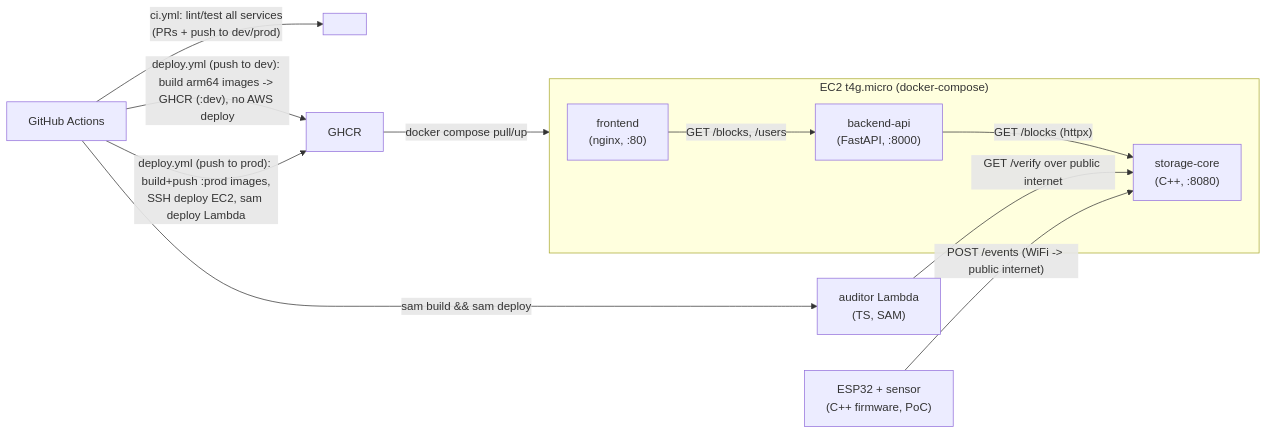
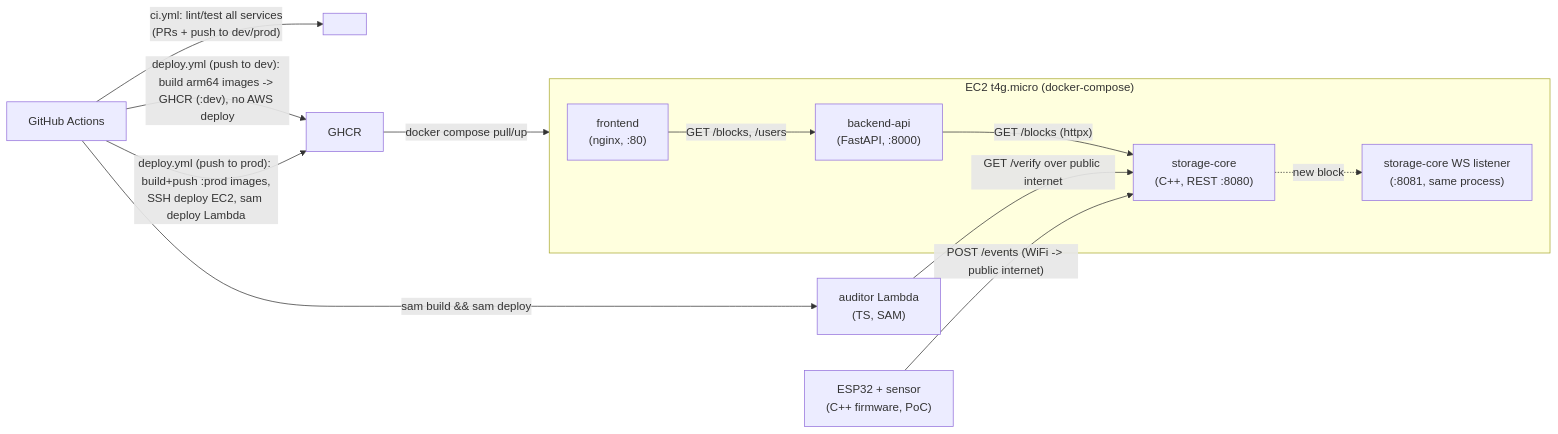
The diagram in docs/architecture.md (rosnMagar/iot-devices-ledger-auditor), drawn with Mermaid before and after one commit. The commit also changed other lines of this file and 7 other files, not shown here.

````diff
--- a/docs/architecture.md
+++ b/docs/architecture.md
@@ -23,23 +23,25 @@
 ```mermaid
 flowchart LR
     subgraph EC2["EC2 t4g.micro (docker-compose)"]
         FE["frontend\n(nginx, :80)"]
         BE["backend-api\n(FastAPI, :8000)"]
-        SC["storage-core\n(C++, :8080)"]
+        SC["storage-core\n(C++, REST :8080)"]
+        WS["storage-core WS listener\n(:8081, same process)"]
         FE -->|"GET /blocks, /users"| BE
         BE -->|"GET /blocks (httpx)"| SC
+        SC -.->|"new block"| WS
     end
 
     LAMBDA["auditor Lambda\n(TS, SAM)"]
     LAMBDA -->|"GET /verify over public internet"| SC
 
     ESP32["ESP32 + sensor\n(C++ firmware, PoC)"]
     ESP32 -->|"POST /events (WiFi -> public internet)"| SC
 
     GH["GitHub Actions"]
     GH -->|"ci.yml: lint/test all services\n(PRs + push to dev/prod)"| CI[" "]
     GH -->|"deploy.yml (push to dev): build arm64 images -> GHCR (:dev), no AWS deploy"| GHCR["GHCR"]
     GH -->|"deploy.yml (push to prod): build+push :prod images,\nSSH deploy EC2, sam deploy Lambda"| GHCR
     GHCR -->|"docker compose pull/up"| EC2
     GH -->|"sam build && sam deploy"| LAMBDA
 ```
````
